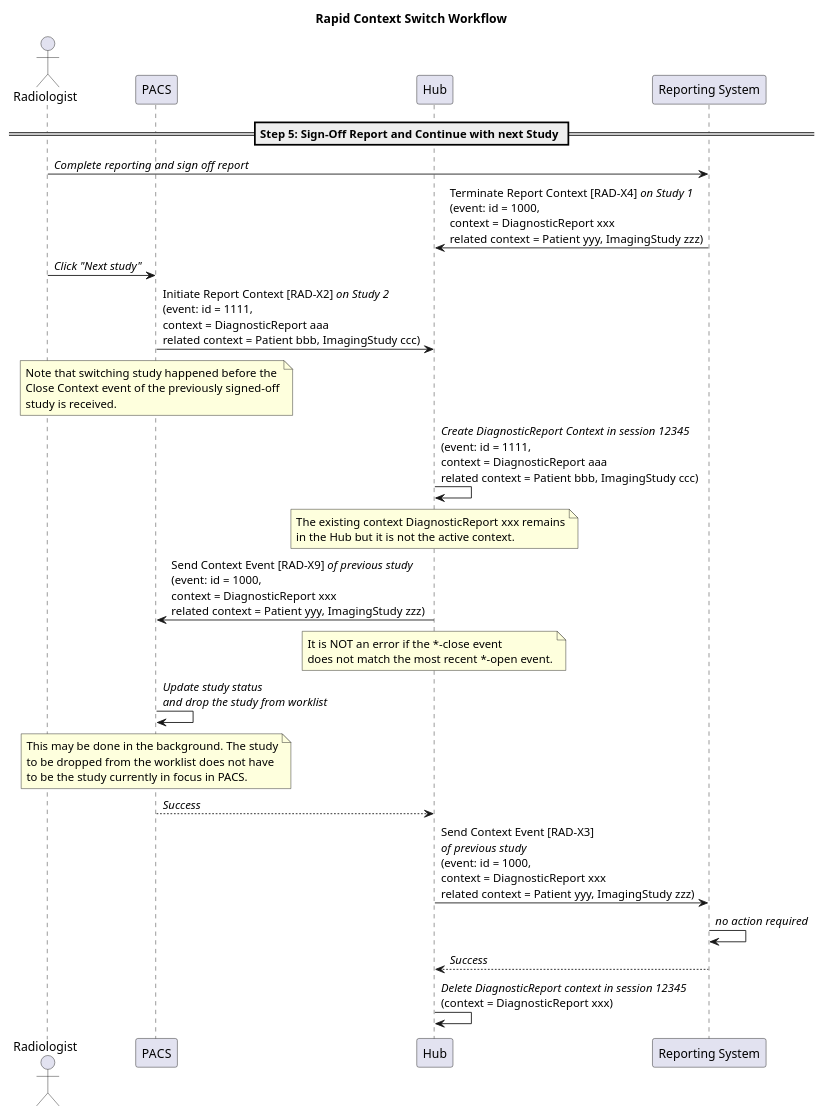
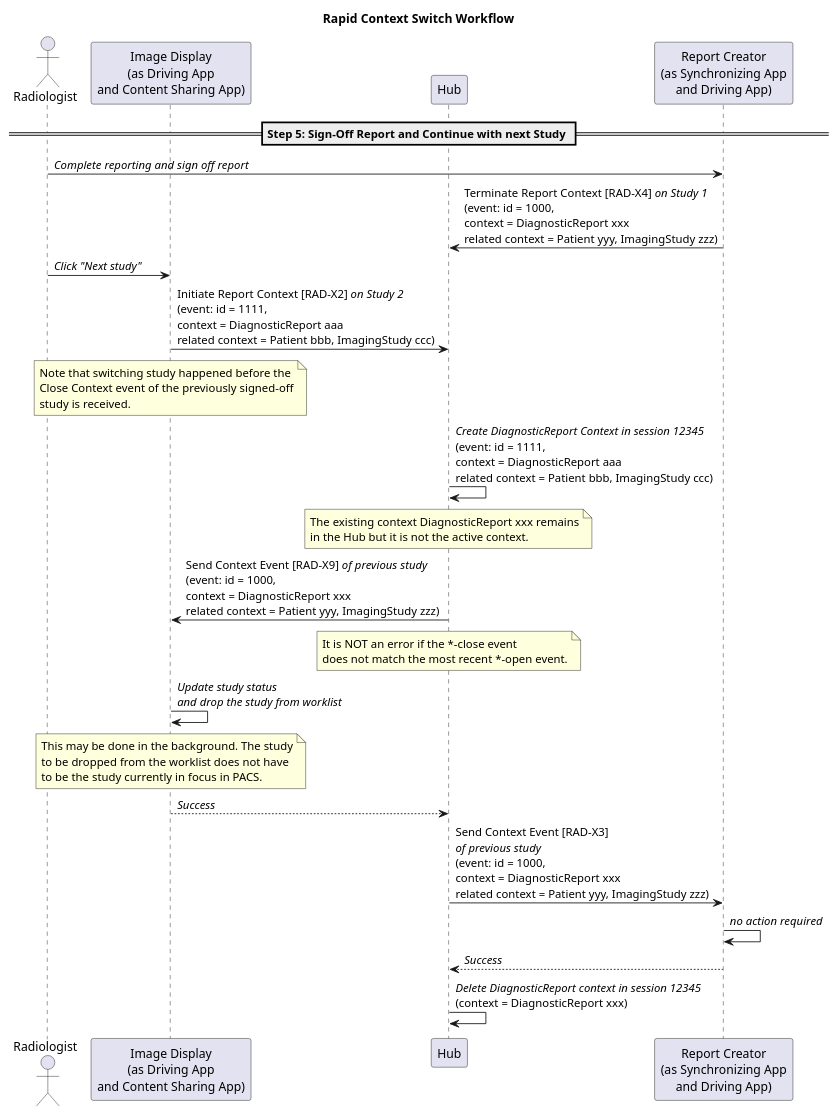
The diagram in input/images-source/rapid_switch_context.plantuml (IHE/RAD.IRA), drawn with PlantUML before and after one commit. The commit also changed 9 other files, not shown here.

Commit message:
Updated actor to be Image Display and Report Creator. Also indicates what type of application they are grouped to.

```diff
--- a/input/images-source/rapid_switch_context.plantuml
+++ b/input/images-source/rapid_switch_context.plantuml
@@ -1,50 +1,50 @@
 @startuml rapid_switch_context
 
 title Rapid Context Switch Workflow
 
 actor Radiologist as User
-participant "PACS" as PACS
+participant "Image Display\n(as Driving App\nand Content Sharing App)" as PACS
 participant "Hub" as Hub
-participant "Reporting System" as Report
+participant "Report Creator\n(as Synchronizing App\nand Driving App)" as Report
 
 == Step 5: Sign-Off Report and Continue with next Study ==
 
 User->Report: //Complete reporting and sign off report//
 Report->Hub: Terminate Report Context [RAD-X4] //on Study 1//\n(event: id = 1000,\ncontext = DiagnosticReport xxx\nrelated context = Patient yyy, ImagingStudy zzz)
 
 User->PACS: //Click "Next study"//
 PACS->Hub: Initiate Report Context [RAD-X2] //on Study 2//\n(event: id = 1111,\ncontext = DiagnosticReport aaa\nrelated context = Patient bbb, ImagingStudy ccc)
 note over PACS
 Note that switching study happened before the
 Close Context event of the previously signed-off
 study is received.
 end note
 
 Hub->Hub: //Create DiagnosticReport Context in session 12345//\n(event: id = 1111,\ncontext = DiagnosticReport aaa\nrelated context = Patient bbb, ImagingStudy ccc)
 note over Hub
 The existing context DiagnosticReport xxx remains
 in the Hub but it is not the active context.
 end note
 
 Hub->PACS: Send Context Event [RAD-X9] //of previous study//\n(event: id = 1000,\ncontext = DiagnosticReport xxx\nrelated context = Patient yyy, ImagingStudy zzz)
 note over Hub
 It is NOT an error if the *-close event
 does not match the most recent *-open event.
 end note
 
 PACS->PACS: //Update study status//\n//and drop the study from worklist//
 note over PACS
 This may be done in the background. The study
 to be dropped from the worklist does not have
 to be the study currently in focus in PACS.
 end note
 
 PACS-->Hub: //Success//
 
 Hub->Report: Send Context Event [RAD-X3]\n//of previous study//\n(event: id = 1000,\ncontext = DiagnosticReport xxx\nrelated context = Patient yyy, ImagingStudy zzz)
 Report->Report: //no action required//
 Report-->Hub: //Success//
 
 Hub->Hub: //Delete DiagnosticReport context in session 12345//\n(context = DiagnosticReport xxx)
 
 @enduml
```
